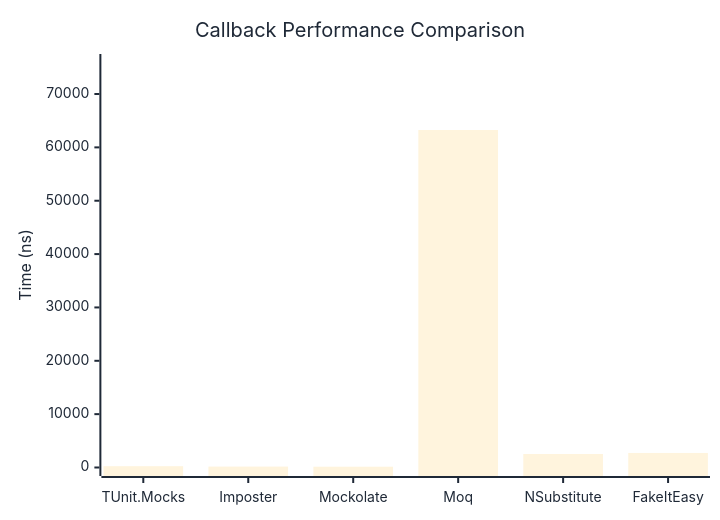
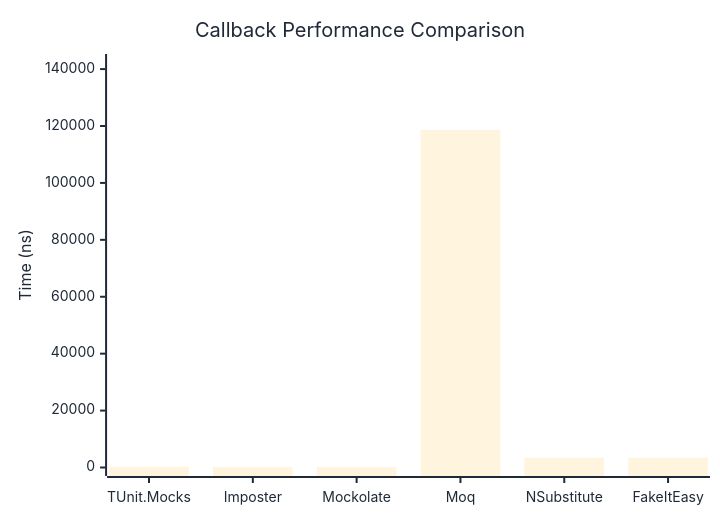
The first of 2 diagrams in docs/docs/benchmarks/mocks/Callback.md (thomhurst/TUnit), drawn with Mermaid before and after one commit. The commit also changed other lines of this file and 14 other files, not shown here.

````diff
--- a/docs/docs/benchmarks/mocks/Callback.md
+++ b/docs/docs/benchmarks/mocks/Callback.md
@@ -30,27 +30,27 @@
 ```mermaid
 %%{init: {
   'theme':'base',
   'themeVariables': {
     'primaryColor': '#2563eb',
     'primaryTextColor': '#1f2937',
     'primaryBorderColor': '#1e40af',
     'lineColor': '#6b7280',
     'secondaryColor': '#7c3aed',
     'tertiaryColor': '#dc2626',
     'background': '#ffffff',
     'pie1': '#2563eb',
     'pie2': '#7c3aed',
     'pie3': '#dc2626',
     'pie4': '#f59e0b',
     'pie5': '#10b981',
     'pie6': '#06b6d4',
     'pie7': '#ec4899',
     'pie8': '#6366f1'
   }
 }}%%
 xychart-beta
   title "Callback Performance Comparison"
   x-axis ["TUnit.Mocks", "Imposter", "Mockolate", "Moq", "NSubstitute", "FakeItEasy"]
-  y-axis "Time (ns)" 0 --> 75909
-  bar [244.5, 172.1, 150.4, 63257.5, 2534.8, 2726.4]
+  y-axis "Time (ns)" 0 --> 142315
+  bar [277.7, 195.6, 169.9, 118595.2, 3401.8, 3383.1]
 ```
````
